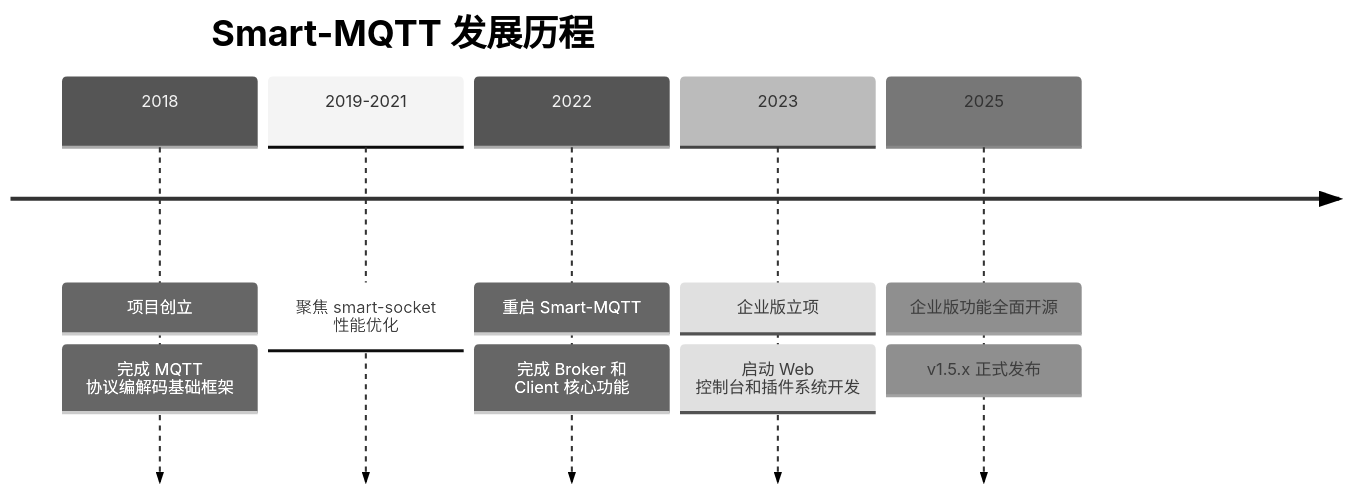
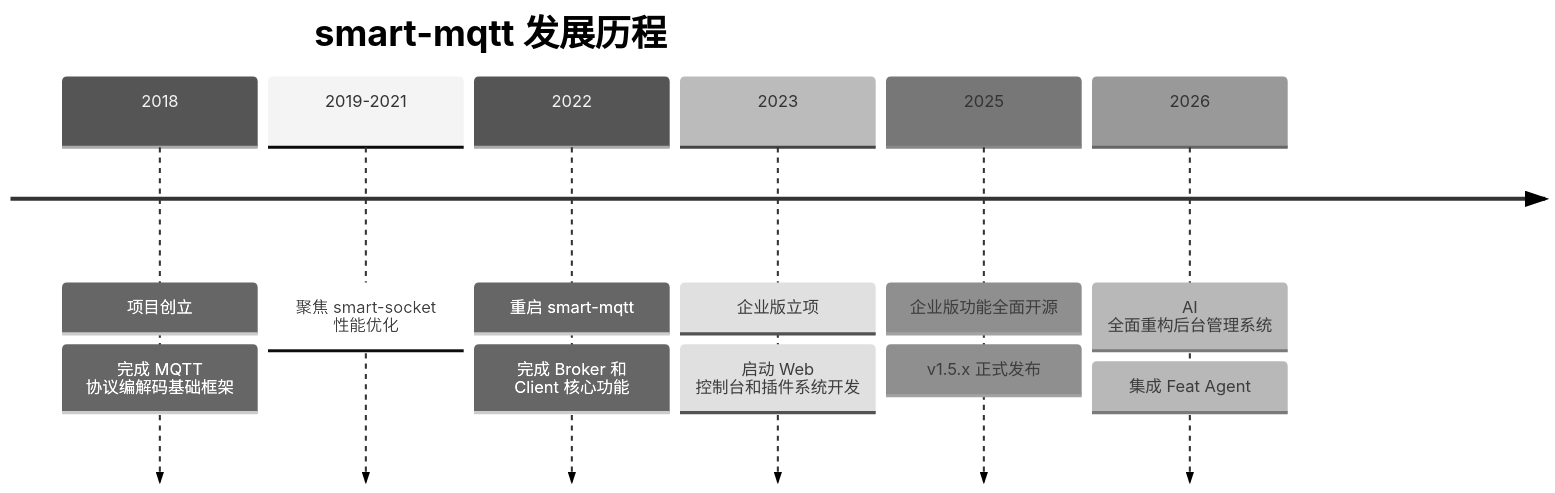
One commit to smartboot/smart-mqtt changed the diagram in README_zh.md. Above: the diagram before and after it, drawn with Mermaid (neutral theme). The commit also changed other lines of this file and 1 other file, not shown here.

First line of the commit message:
docs(readme): 添加项目架构图

````diff
--- a/README_zh.md
+++ b/README_zh.md
@@ -103,13 +101,15 @@
 ```mermaid
 timeline
-    title Smart-MQTT 发展历程
+    title smart-mqtt 发展历程
     2018 : 项目创立
          : 完成 MQTT 协议编解码基础框架
     2019-2021 : 聚焦 smart-socket 性能优化
-    2022 : 重启 Smart-MQTT
+    2022 : 重启 smart-mqtt
          : 完成 Broker 和 Client 核心功能
     2023 : 企业版立项
          : 启动 Web 控制台和插件系统开发
     2025 : 企业版功能全面开源
          : v1.5.x 正式发布
+    2026 : AI 全面重构后台管理系统
+         : 集成 Feat Agent 
 ```
````
